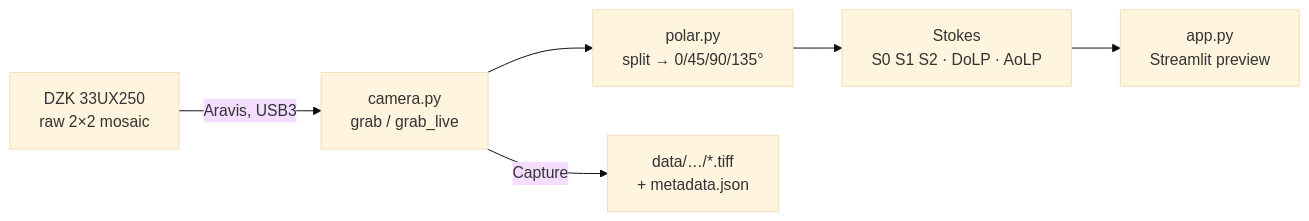
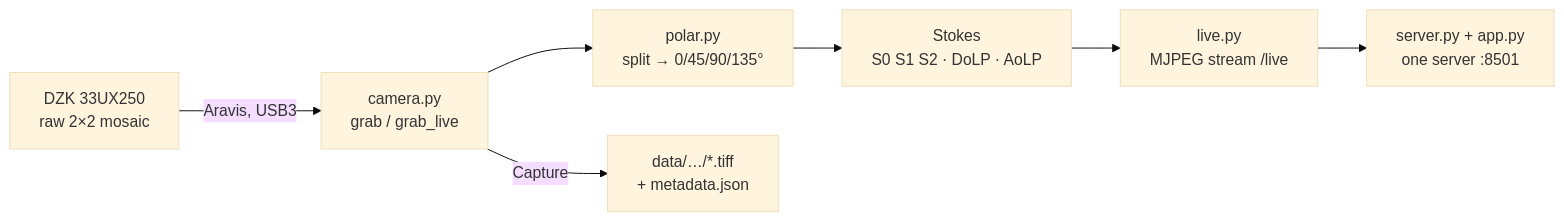
Before and after one commit to arunoruto/specpol: the diagram in README.md, drawn with Mermaid (base theme). The commit also changed other lines of this file and 11 other files, not shown here.

First line of the commit message:
feat: MJPEG live preview, video snippets, FPS counter and faster binning

````diff
--- a/README.md
+++ b/README.md
@@ -16,8 +17,9 @@
 ```mermaid
 flowchart LR
     cam["DZK 33UX250<br/>raw 2×2 mosaic"] -->|Aravis, USB3| grab["camera.py<br/>grab / grab_live"]
     grab --> split["polar.py<br/>split → 0/45/90/135°"]
     split --> stokes["Stokes<br/>S0 S1 S2 · DoLP · AoLP"]
-    stokes --> ui["app.py<br/>Streamlit preview"]
+    stokes --> mjpeg["live.py<br/>MJPEG stream /live"]
+    mjpeg --> ui["server.py + app.py<br/>one server :8501"]
     grab -->|Capture| tiff["data/…/*.tiff<br/>+ metadata.json"]
 ```
````
